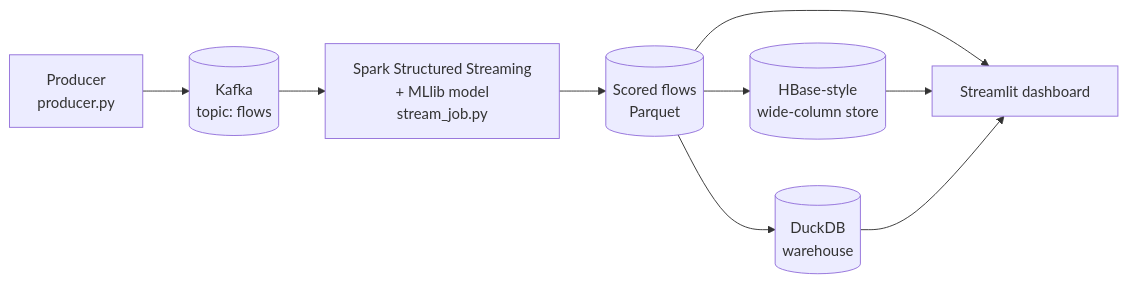
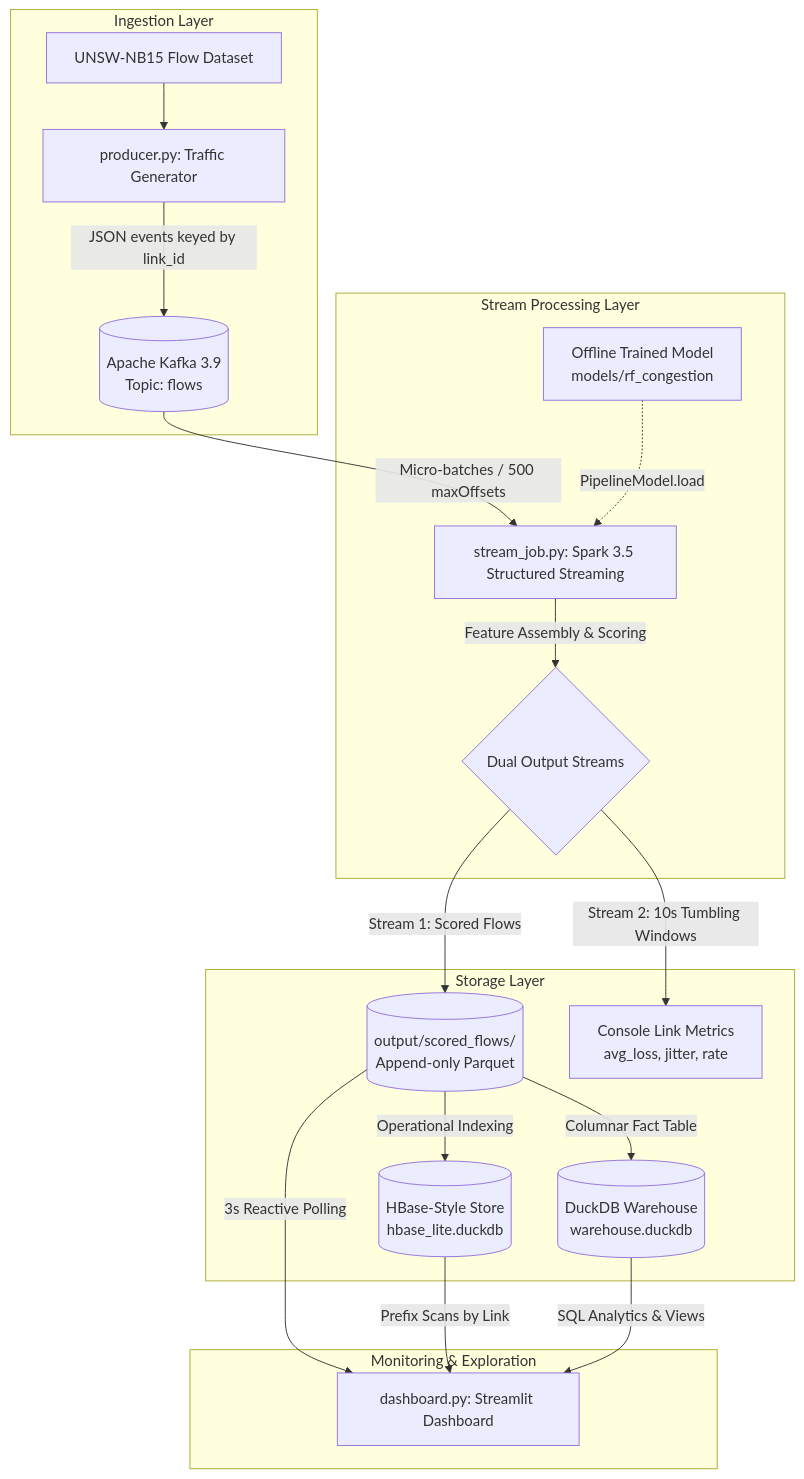
One commit to Lalitraam/NetPref changed the diagram in README.md. Above: the diagram before and after it, drawn with Mermaid. The commit also changed other lines of this file and 6 other files, not shown here.

Commit message:
docs: add system guide PDF, implementation roadmap, and overhaul README

````diff
--- a/README.md
+++ b/README.md
@@ -25,11 +56,26 @@
 ```mermaid
-flowchart LR
-  P[Producer<br/>producer.py] --> K[(Kafka<br/>topic: flows)]
-  K --> S[Spark Structured Streaming<br/>+ MLlib model<br/>stream_job.py]
-  S --> F[(Scored flows<br/>Parquet)]
-  F --> H[(HBase-style<br/>wide-column store)]
-  F --> W[(DuckDB<br/>warehouse)]
-  F --> D[Streamlit dashboard]
-  H --> D
-  W --> D
+flowchart TD
+    subgraph Ingestion Layer
+        A[UNSW-NB15 Flow Dataset] --> B[producer.py: Traffic Generator]
+        B -->|JSON events keyed by link_id| C[(Apache Kafka 3.9<br/>Topic: flows)]
+    end
+
+    subgraph Stream Processing Layer
+        C -->|Micro-batches / 500 maxOffsets| D[stream_job.py: Spark 3.5 Structured Streaming]
+        E[Offline Trained Model<br/>models/rf_congestion] -.->|PipelineModel.load| D
+        D -->|Feature Assembly & Scoring| F{Dual Output Streams}
+    end
+
+    subgraph Storage Layer
+        F -->|Stream 1: Scored Flows| G[(output/scored_flows/<br/>Append-only Parquet)]
+        F -->|Stream 2: 10s Tumbling Windows| H[Console Link Metrics<br/>avg_loss, jitter, rate]
+        G -->|Operational Indexing| I[(HBase-Style Store<br/>hbase_lite.duckdb)]
+        G -->|Columnar Fact Table| J[(DuckDB Warehouse<br/>warehouse.duckdb)]
+    end
+
+    subgraph Monitoring & Exploration
+        G -->|3s Reactive Polling| K[dashboard.py: Streamlit Dashboard]
+        I -->|Prefix Scans by Link| K
+        J -->|SQL Analytics & Views| K
+    end
 ```
````
